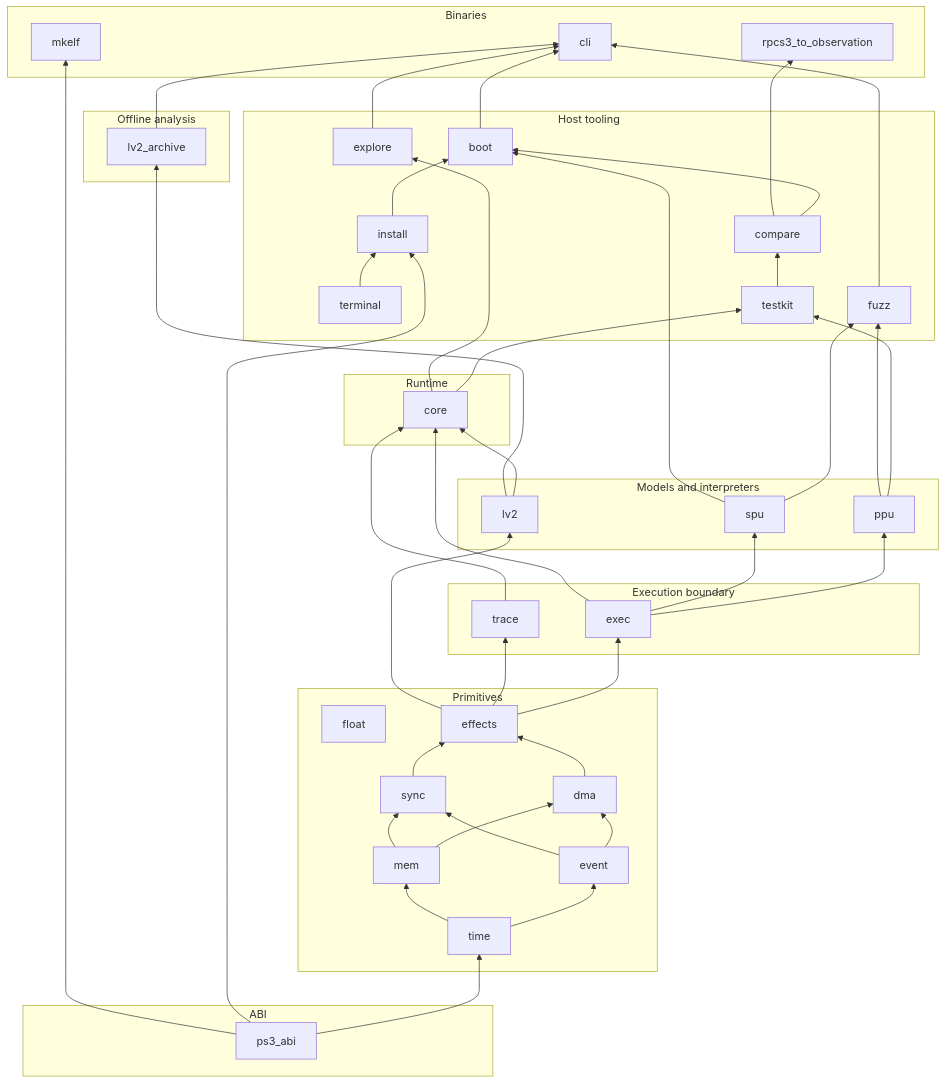
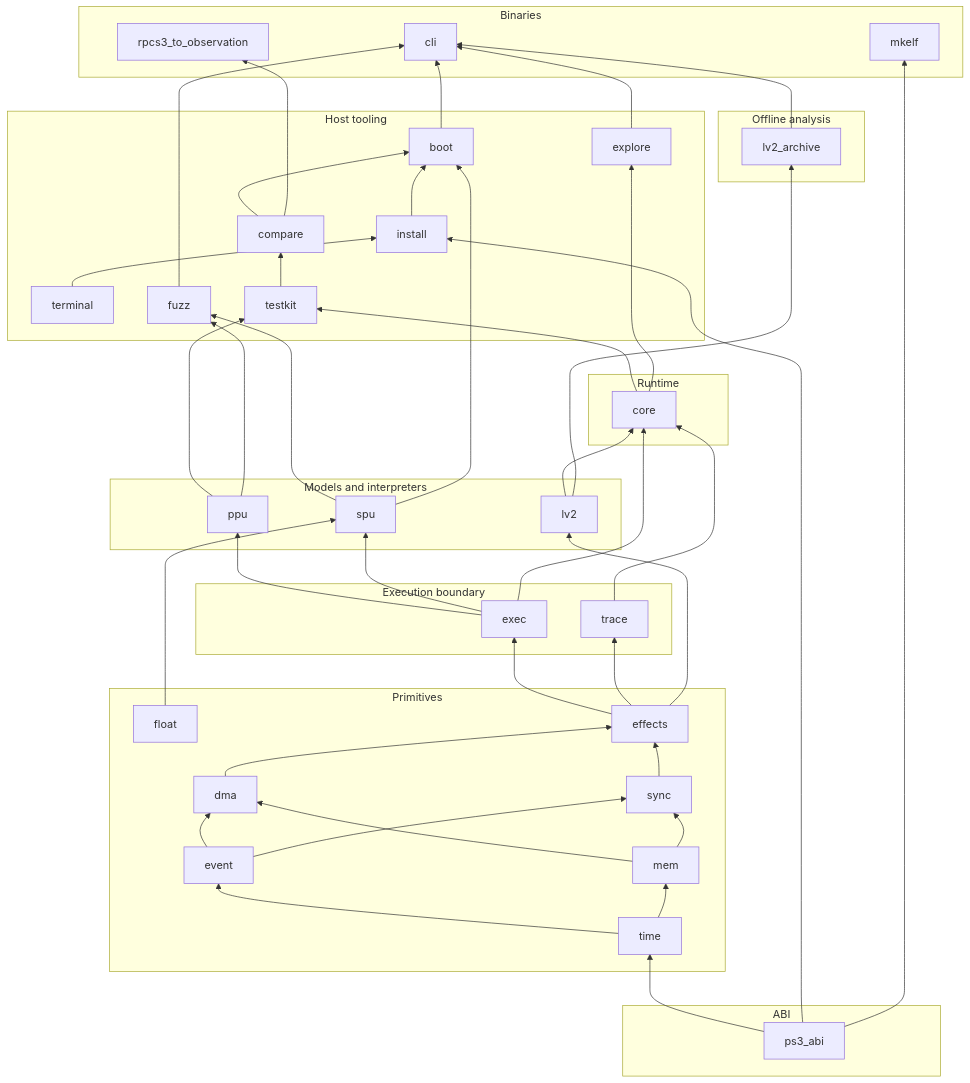
The diagram in docs/architecture/workspace.md (RoyalAce22/CellGov), drawn with Mermaid before and after one commit. The commit also changed 26 other files, not shown here.

````diff
--- a/docs/architecture/workspace.md
+++ b/docs/architecture/workspace.md
@@ -18,63 +18,64 @@
 ```mermaid
 graph BT
   subgraph ABI
     ps3_abi
   end
   subgraph Primitives
     time; float; event; mem; dma; sync; effects
   end
   subgraph Execution boundary
     exec; trace
   end
   subgraph Models and interpreters
     lv2; ppu; spu
   end
   subgraph Runtime
     core
   end
   subgraph Offline analysis
     lv2_archive
   end
   subgraph Host tooling
     terminal; testkit; compare; explore; fuzz; install; boot
   end
   subgraph Binaries
     cli; mkelf; rpcs3_to_observation
   end
 
   ps3_abi --> time
   time --> event
   time --> mem
   event --> dma
   mem --> dma
   event --> sync
   mem --> sync
   dma --> effects
   sync --> effects
   effects --> exec
   effects --> trace
   effects --> lv2
   exec --> ppu
   exec --> spu
+  float --> spu
   exec --> core
   lv2 --> core
   trace --> core
   lv2 --> lv2_archive
   core --> testkit
   ppu --> testkit
   testkit --> compare
   core --> explore
   ppu --> fuzz
   spu --> fuzz
   ps3_abi --> install
   terminal --> install
   compare --> boot
   install --> boot
   spu --> boot
   boot --> cli
   explore --> cli
   fuzz --> cli
   lv2_archive --> cli
   ps3_abi --> mkelf
   compare --> rpcs3_to_observation
 ```
````
